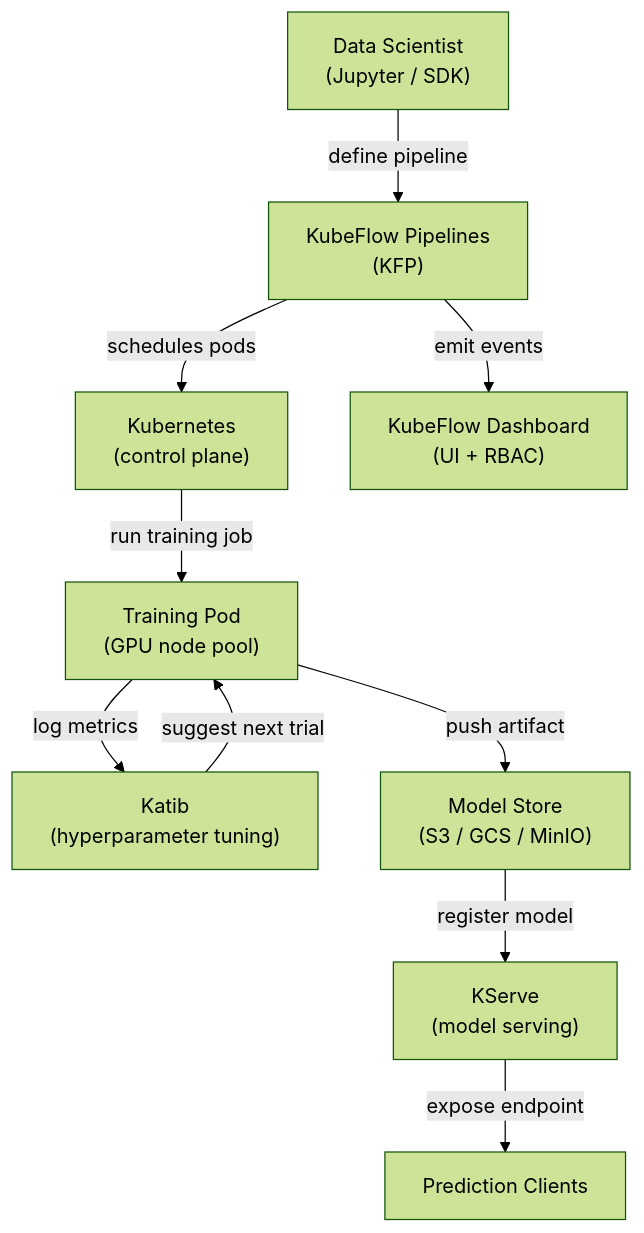
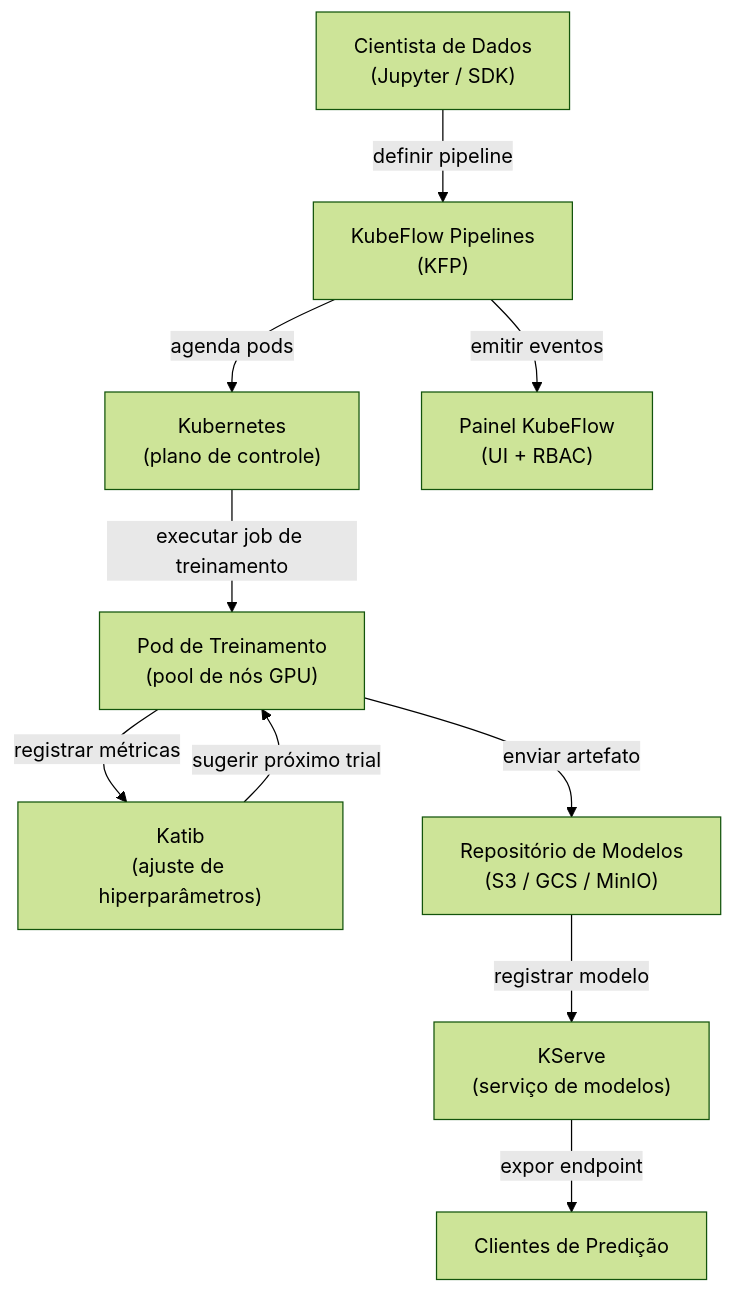
The diagram in i18n/pt-BR/docusaurus-plugin-content-docs/current/mlops/deployment/kubeflow.md (EmersonBraun/ai-summary-hub), drawn with Mermaid (forest theme) before and after one commit. The commit also changed other lines of this file and 230 other files, not shown here.

````diff
--- a/i18n/pt-BR/docusaurus-plugin-content-docs/current/mlops/deployment/kubeflow.md
+++ b/i18n/pt-BR/docusaurus-plugin-content-docs/current/mlops/deployment/kubeflow.md
@@ -19,12 +21,12 @@
 ```mermaid
 flowchart TB
-  Developer["Data Scientist\n(Jupyter / SDK)"] -->|"define pipeline"| KFP["KubeFlow Pipelines\n(KFP)"]
-  KFP -->|"schedules pods"| K8s["Kubernetes\n(control plane)"]
-  K8s -->|"run training job"| TrainPod["Training Pod\n(GPU node pool)"]
-  TrainPod -->|"log metrics"| Katib["Katib\n(hyperparameter tuning)"]
-  Katib -->|"suggest next trial"| TrainPod
-  TrainPod -->|"push artifact"| Storage["Model Store\n(S3 / GCS / MinIO)"]
-  Storage -->|"register model"| KFServe["KServe\n(model serving)"]
-  KFServe -->|"expose endpoint"| Client["Prediction Clients"]
-  KFP -->|"emit events"| Dashboard["KubeFlow Dashboard\n(UI + RBAC)"]
+  Developer["Cientista de Dados\n(Jupyter / SDK)"] -->|"definir pipeline"| KFP["KubeFlow Pipelines\n(KFP)"]
+  KFP -->|"agenda pods"| K8s["Kubernetes\n(plano de controle)"]
+  K8s -->|"executar job de treinamento"| TrainPod["Pod de Treinamento\n(pool de nós GPU)"]
+  TrainPod -->|"registrar métricas"| Katib["Katib\n(ajuste de hiperparâmetros)"]
+  Katib -->|"sugerir próximo trial"| TrainPod
+  TrainPod -->|"enviar artefato"| Storage["Repositório de Modelos\n(S3 / GCS / MinIO)"]
+  Storage -->|"registrar modelo"| KFServe["KServe\n(serviço de modelos)"]
+  KFServe -->|"expor endpoint"| Client["Clientes de Predição"]
+  KFP -->|"emitir eventos"| Dashboard["Painel KubeFlow\n(UI + RBAC)"]
 ```
````
